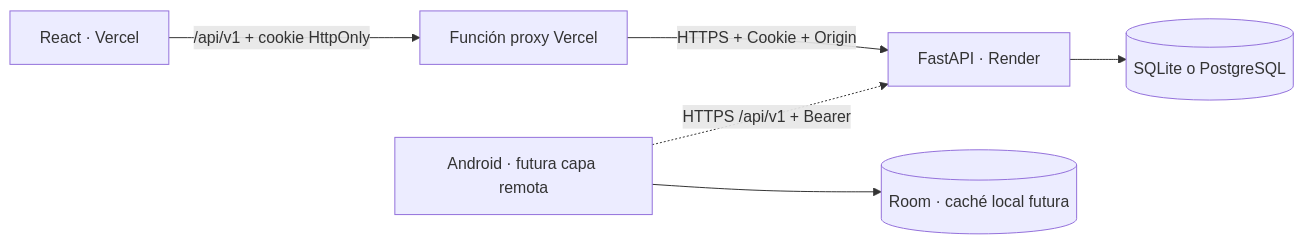
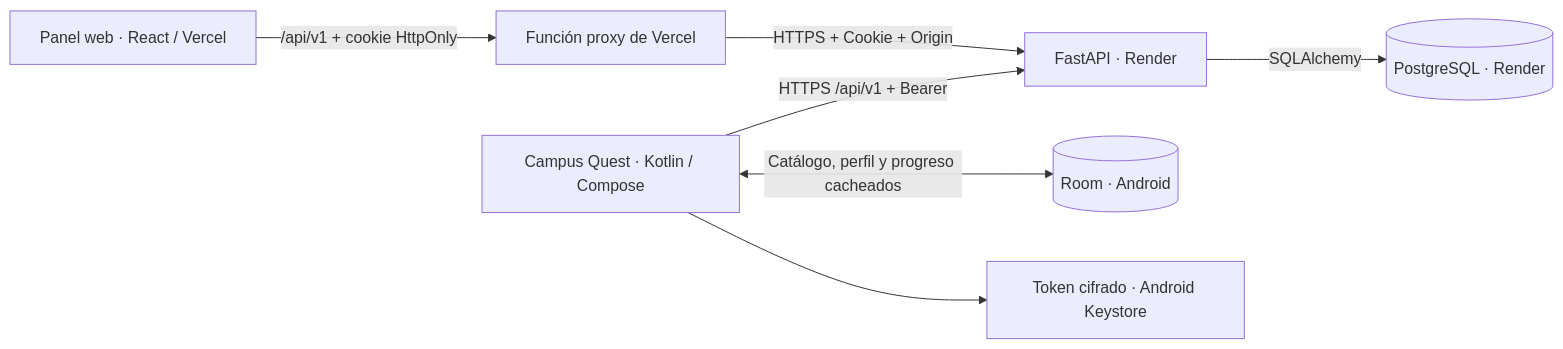
One commit to Erickelrojo-22/campus-quest-admin changed the first of 2 diagrams in docs/ARCHITECTURE.md. Above: the diagram before and after it, drawn with Mermaid. The commit also changed other lines of this file and 3 other files, not shown here.

Commit message:
docs: presentar Campus Quest con capturas y arquitectura web móvil

````diff
--- a/docs/ARCHITECTURE.md
+++ b/docs/ARCHITECTURE.md
@@ -5,8 +9,9 @@
 ```mermaid
 flowchart LR
-    WEB[React · Vercel] -->|/api/v1 + cookie HttpOnly| PROXY[Función proxy Vercel]
-    PROXY -->|HTTPS + Cookie + Origin| API[FastAPI · Render]
-    ANDROID[Android · futura capa remota] -.->|HTTPS /api/v1 + Bearer| API
-    API --> SQL[(SQLite o PostgreSQL)]
-    ANDROID --> ROOM[(Room · caché local futura)]
+    WEB["Panel web · React / Vercel"] -->|"/api/v1 + cookie HttpOnly"| PROXY["Función proxy de Vercel"]
+    PROXY -->|"HTTPS + Cookie + Origin"| API["FastAPI · Render"]
+    ANDROID["Campus Quest · Kotlin / Compose"] -->|"HTTPS /api/v1 + Bearer"| API
+    API -->|"SQLAlchemy"| SQL[("PostgreSQL · Render")]
+    ANDROID <-->|"Catálogo, perfil y progreso cacheados"| ROOM[("Room · Android")]
+    ANDROID --> KEYSTORE["Token cifrado · Android Keystore"]
 ```
````
